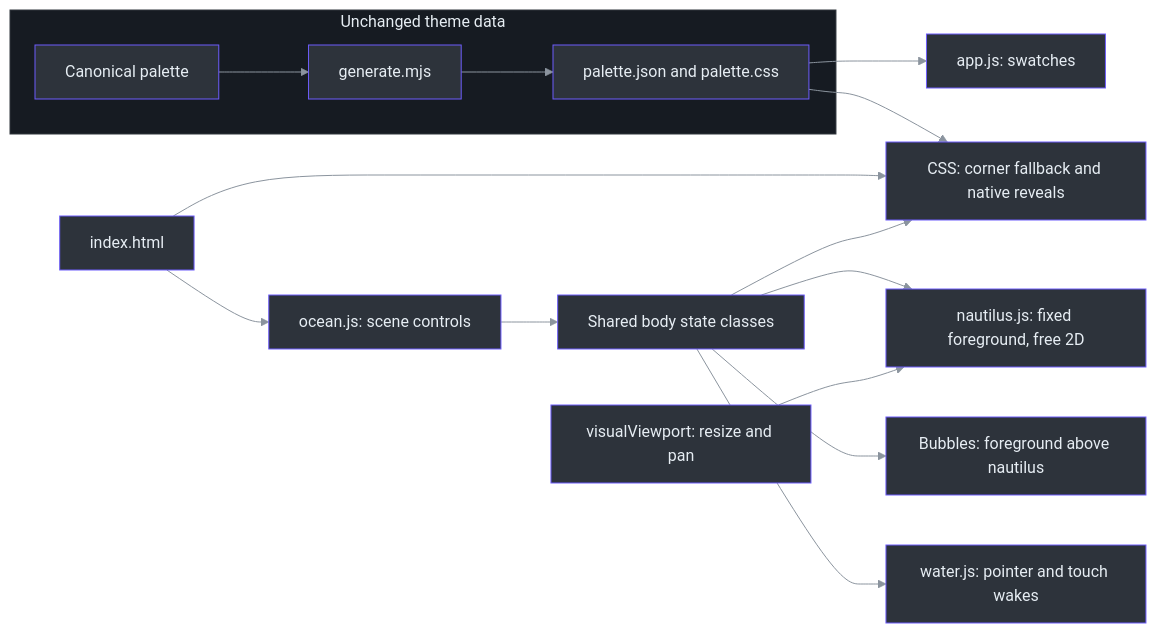
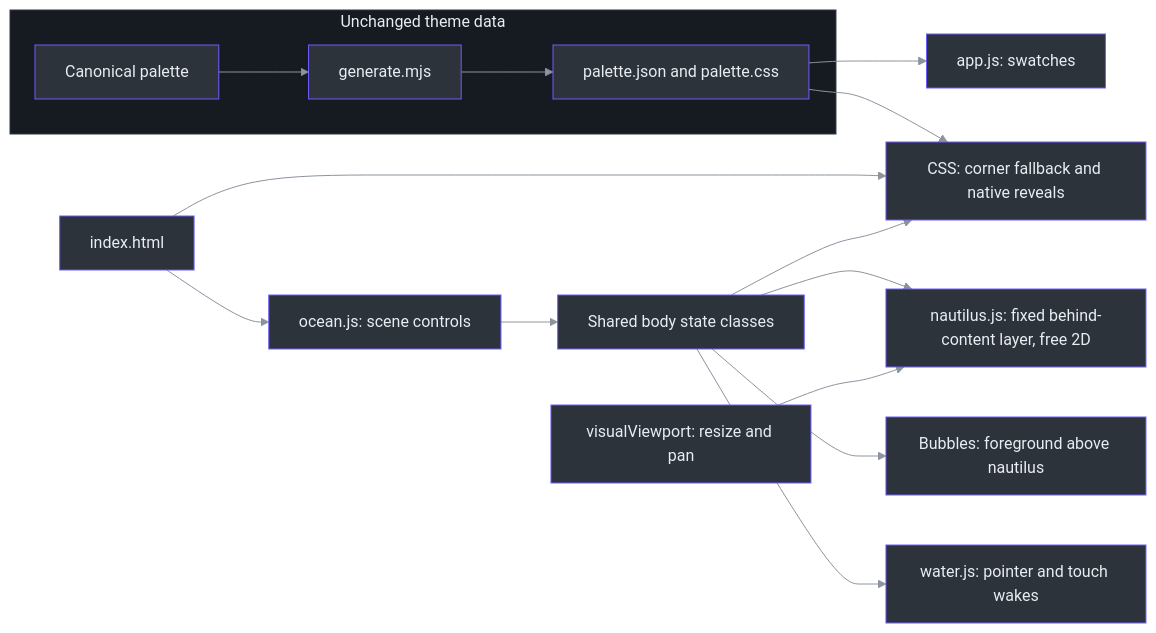
One commit to Zanark/DeepSeaFoam changed the first of 2 diagrams in docs/SHOWCASE.md. Above: the diagram before and after it, drawn with Mermaid. The commit also changed other lines of this file and 6 other files, not shown here.

First line of the commit message:
Keep Nautilus behind readable content

````diff
--- a/docs/SHOWCASE.md
+++ b/docs/SHOWCASE.md
@@ -25,34 +25,34 @@
 ```mermaid
 ---
 config:
   theme: base
   themeVariables:
     background: "#161b22"
     primaryColor: "#2d333b"
     primaryBorderColor: "#6d5dfc"
     primaryTextColor: "#e6edf3"
     lineColor: "#8b949e"
     clusterBkg: "#161b22"
     clusterBorder: "#30363d"
 ---
 flowchart LR
   accTitle: Showcase architecture and palette boundary
-  accDescr: Generated palette assets feed the swatches and CSS. Ocean state coordinates a fixed foreground nautilus, bubbles painted above it, and background water. CSS provides a corner fallback and native checkbox reveals without JavaScript.
+  accDescr: Generated palette assets feed the swatches and CSS. Ocean state coordinates a fixed nautilus behind readable content, bubbles painted above it, and background water. CSS provides a corner fallback and native checkbox reveals without JavaScript.
   subgraph Data["Unchanged theme data"]
     P["Canonical palette"] --> G["generate.mjs"]
     G --> A["palette.json and palette.css"]
   end
   A --> S["app.js: swatches"]
   A --> C["CSS: corner fallback and native reveals"]
   H["index.html"] --> C
   H --> O["ocean.js: scene controls"]
   O --> B["Shared body state classes"]
   B --> C
-  B --> N["nautilus.js: fixed foreground, free 2D"]
+  B --> N["nautilus.js: fixed behind-content layer, free 2D"]
   V["visualViewport: resize and pan"] --> N
   B --> K["Bubbles: foreground above nautilus"]
   B --> W["water.js: pointer and touch wakes"]
   classDef default fill:#2d333b,stroke:#6d5dfc,color:#e6edf3
   style Data fill:#161b22,stroke:#30363d,color:#e6edf3
   linkStyle default stroke:#8b949e
 ```
````
